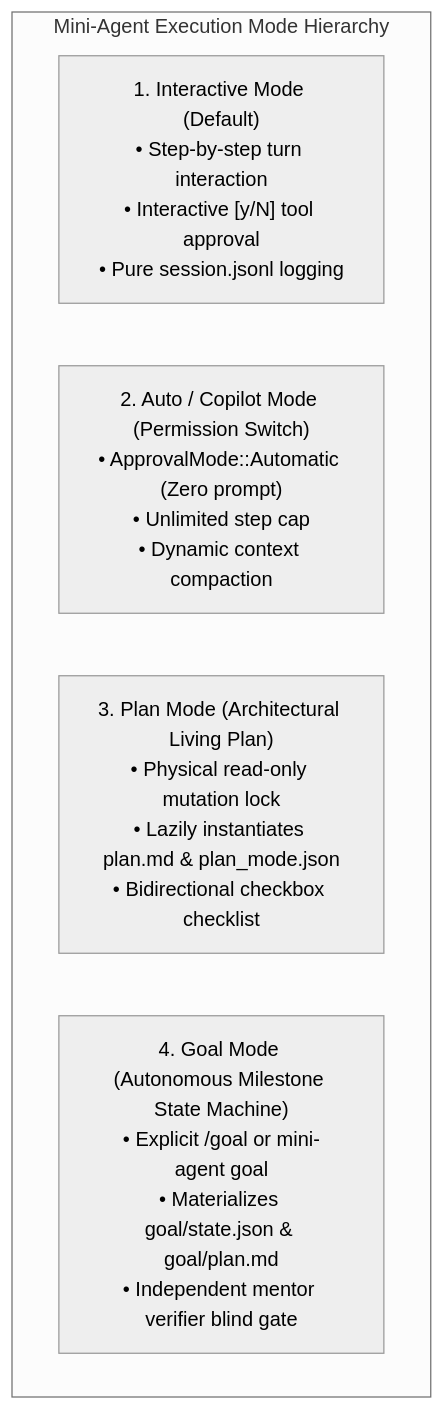
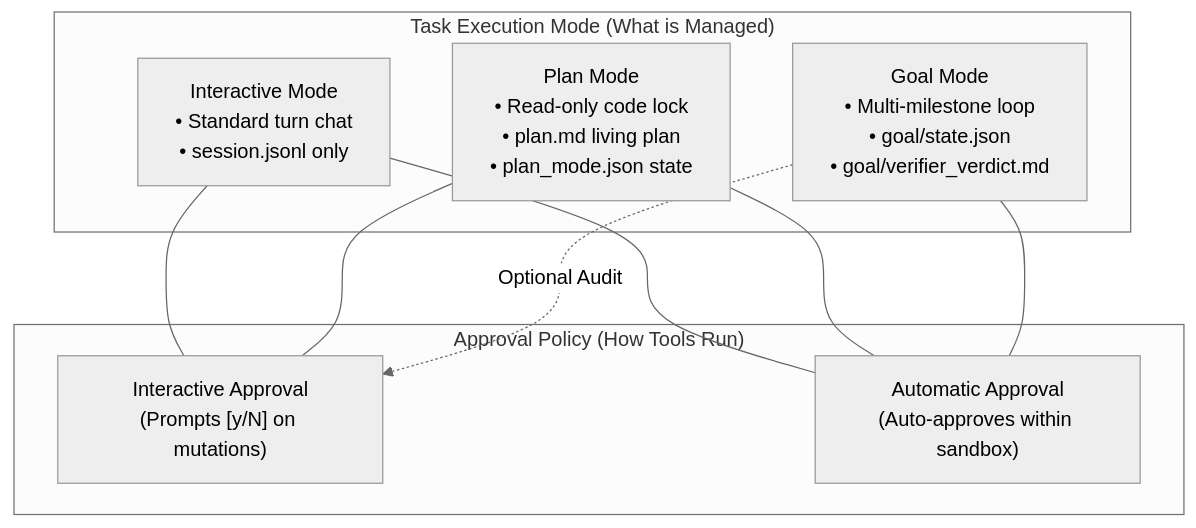
Before and after one commit to civaapple-alt/mini-agent-harness: the first of 2 diagrams in .agents/notes/implemented/architecture/2026-08-27-goal-and-plan-subsystem-architecture.md, drawn with Mermaid (neutral theme). The commit also changed other lines of this file and 1 other file, not shown here.

Commit message:
fix(goal): address architecture review items on plan whitelisting, verifier schema, and state recovery

````diff
--- a/.agents/notes/implemented/architecture/2026-08-27-goal-and-plan-subsystem-architecture.md
+++ b/.agents/notes/implemented/architecture/2026-08-27-goal-and-plan-subsystem-architecture.md
@@ -22,9 +28,20 @@
 ```mermaid
 graph TD
-    subgraph ExecutionModes ["Mini-Agent Execution Mode Hierarchy"]
-        INT["1. Interactive Mode (Default)<br/>• Step-by-step turn interaction<br/>• Interactive [y/N] tool approval<br/>• Pure session.jsonl logging"]
-        AUT["2. Auto / Copilot Mode (Permission Switch)<br/>• ApprovalMode::Automatic (Zero prompt)<br/>• Unlimited step cap<br/>• Dynamic context compaction"]
-        PLN["3. Plan Mode (Architectural Living Plan)<br/>• Physical read-only mutation lock<br/>• Lazily instantiates plan.md & plan_mode.json<br/>• Bidirectional checkbox checklist"]
-        GOL["4. Goal Mode (Autonomous Milestone State Machine)<br/>• Explicit /goal or mini-agent goal<br/>• Materializes goal/state.json & goal/plan.md<br/>• Independent mentor verifier blind gate"]
+    subgraph ExecutionModes ["Task Execution Mode (What is Managed)"]
+        INT["Interactive Mode<br/>• Standard turn chat<br/>• session.jsonl only"]
+        PLN["Plan Mode<br/>• Read-only code lock<br/>• plan.md living plan<br/>• plan_mode.json state"]
+        GOL["Goal Mode<br/>• Multi-milestone loop<br/>• goal/state.json<br/>• goal/verifier_verdict.md"]
     end
+
+    subgraph ApprovalPolicies ["Approval Policy (How Tools Run)"]
+        MAN["Interactive Approval<br/>(Prompts [y/N] on mutations)"]
+        AUT["Automatic Approval<br/>(Auto-approves within sandbox)"]
+    end
+
+    INT --- MAN
+    INT --- AUT
+    PLN --- MAN
+    PLN --- AUT
+    GOL --- AUT
+    GOL -.->|Optional Audit| MAN
 ```
````
